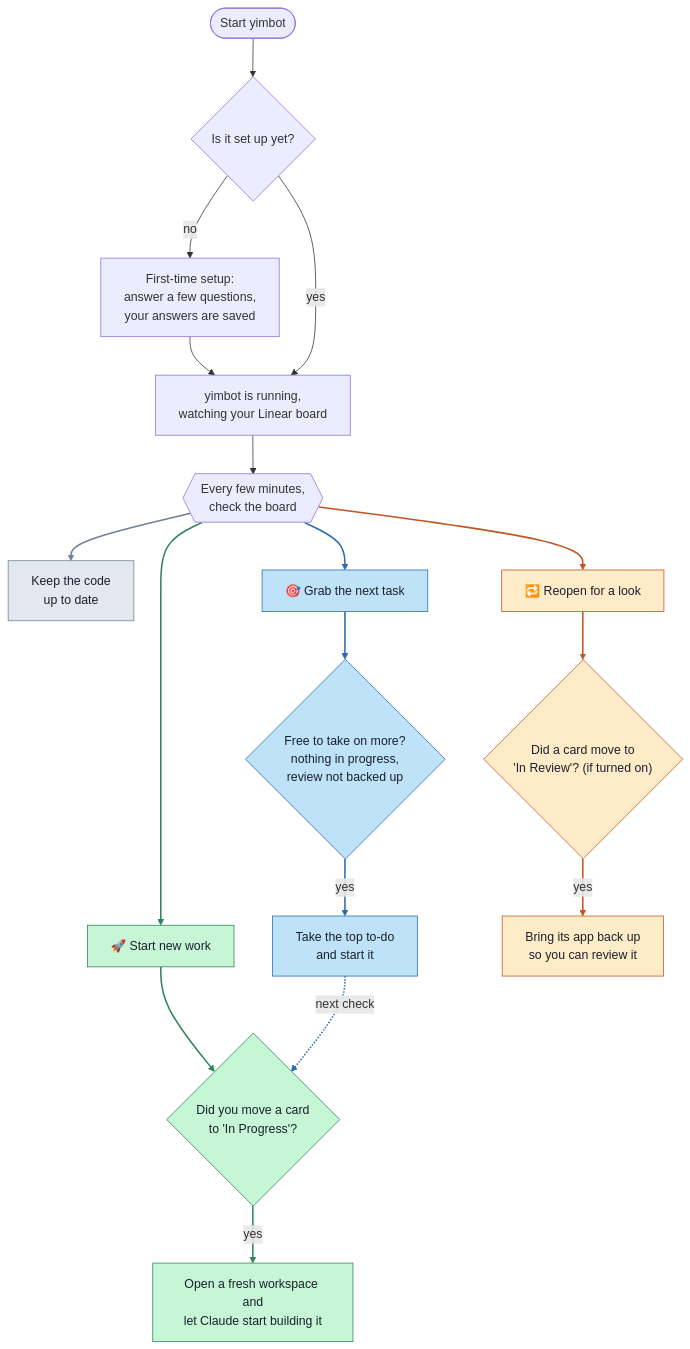
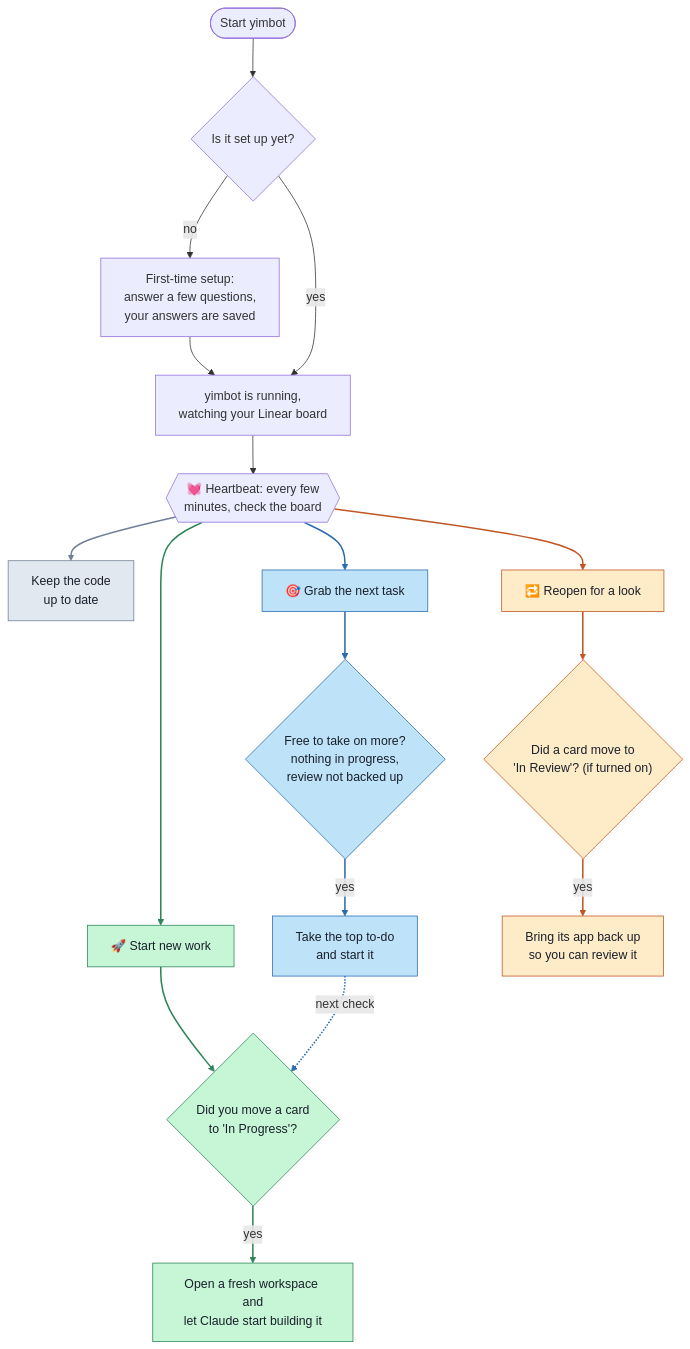
One commit to YiminArava4508/yimbot changed the diagram in README.md. Above: the diagram before and after it, drawn with Mermaid. The commit also changed other lines of this file and 5 other files, not shown here.

````diff
--- a/README.md
+++ b/README.md
@@ -24,37 +24,37 @@
 ```mermaid
 flowchart TD
     A(["Start yimbot"]) --> B{"Is it set up yet?"}
     B -- no --> W["First-time setup:<br/>answer a few questions,<br/>your answers are saved"]
     W --> C["yimbot is running,<br/>watching your Linear board"]
     B -- yes --> C
 
-    C --> P{{"Every few minutes,<br/>check the board"}}
+    C --> P{{"💓 Heartbeat: every few<br/>minutes, check the board"}}
 
     P --> S["Keep the code<br/>up to date"]
 
     P --> G1["🚀 Start new work"]
     G1 --> T1{"Did you move a card<br/>to 'In Progress'?"}
     T1 -- yes --> L["Open a fresh workspace and<br/>let Claude start building it"]
 
     P --> G2["🎯 Grab the next task"]
     G2 --> PK{"Free to take on more?<br/>nothing in progress,<br/>review not backed up"}
     PK -- yes --> M["Take the top to-do<br/>and start it"]
     M -.->|next check| T1
 
     P --> G3["🔁 Reopen for a look"]
     G3 --> T2{"Did a card move to<br/>'In Review'? (if turned on)"}
     T2 -- yes --> R["Bring its app back up<br/>so you can review it"]
 
     classDef launch fill:#c6f6d5,stroke:#2f855a,color:#1a202c;
     classDef pick fill:#bee3f8,stroke:#2b6cb0,color:#1a202c;
     classDef resume fill:#feebc8,stroke:#c05621,color:#1a202c;
     classDef sync fill:#e2e8f0,stroke:#718096,color:#1a202c;
     class G1,T1,L launch;
     class G2,PK,M pick;
     class G3,T2,R resume;
     class S sync;
     linkStyle 5 stroke:#718096,stroke-width:2px;
     linkStyle 6,7,8 stroke:#2f855a,stroke-width:2px;
     linkStyle 9,10,11,12 stroke:#2b6cb0,stroke-width:2px;
     linkStyle 13,14,15 stroke:#c05621,stroke-width:2px;
 ```
````
